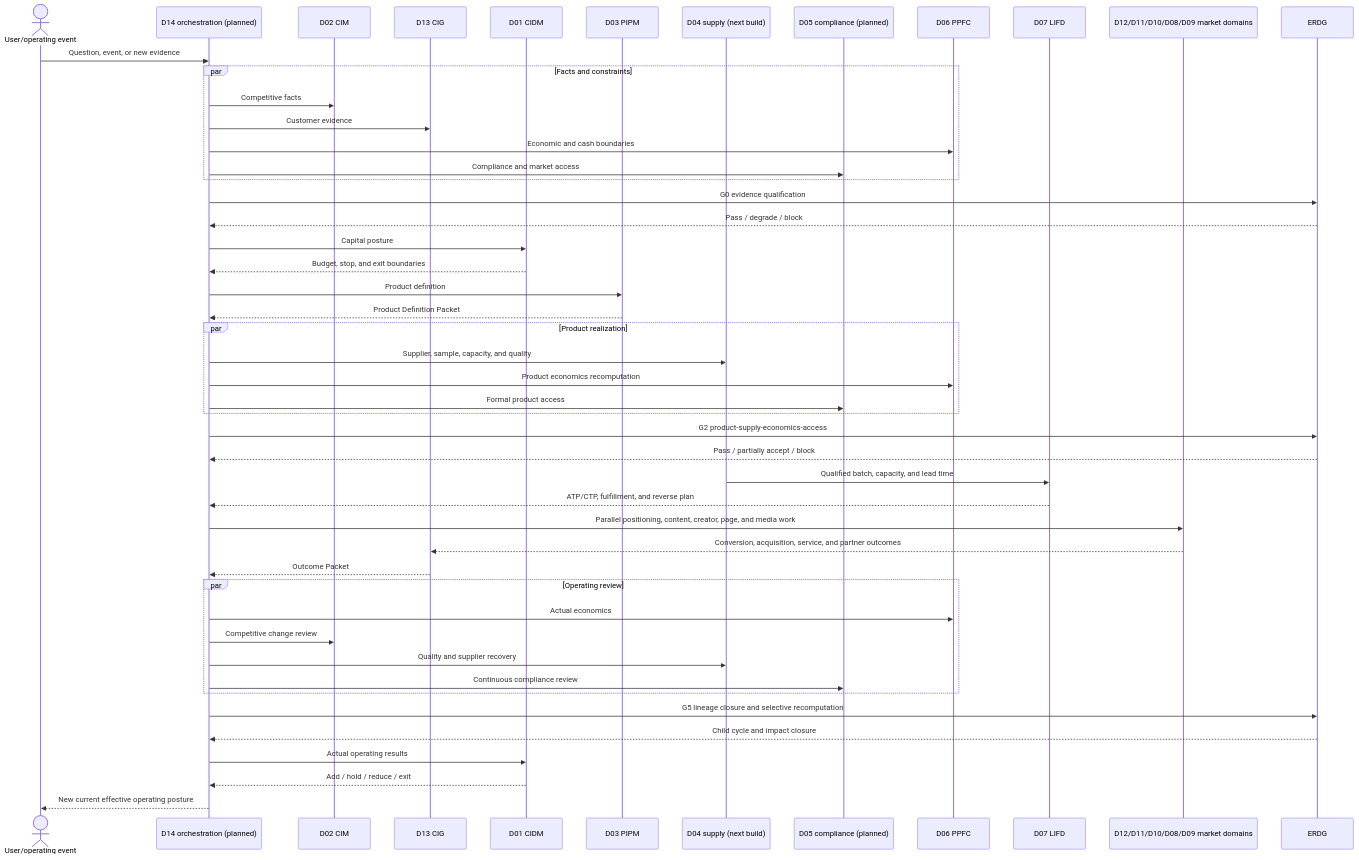
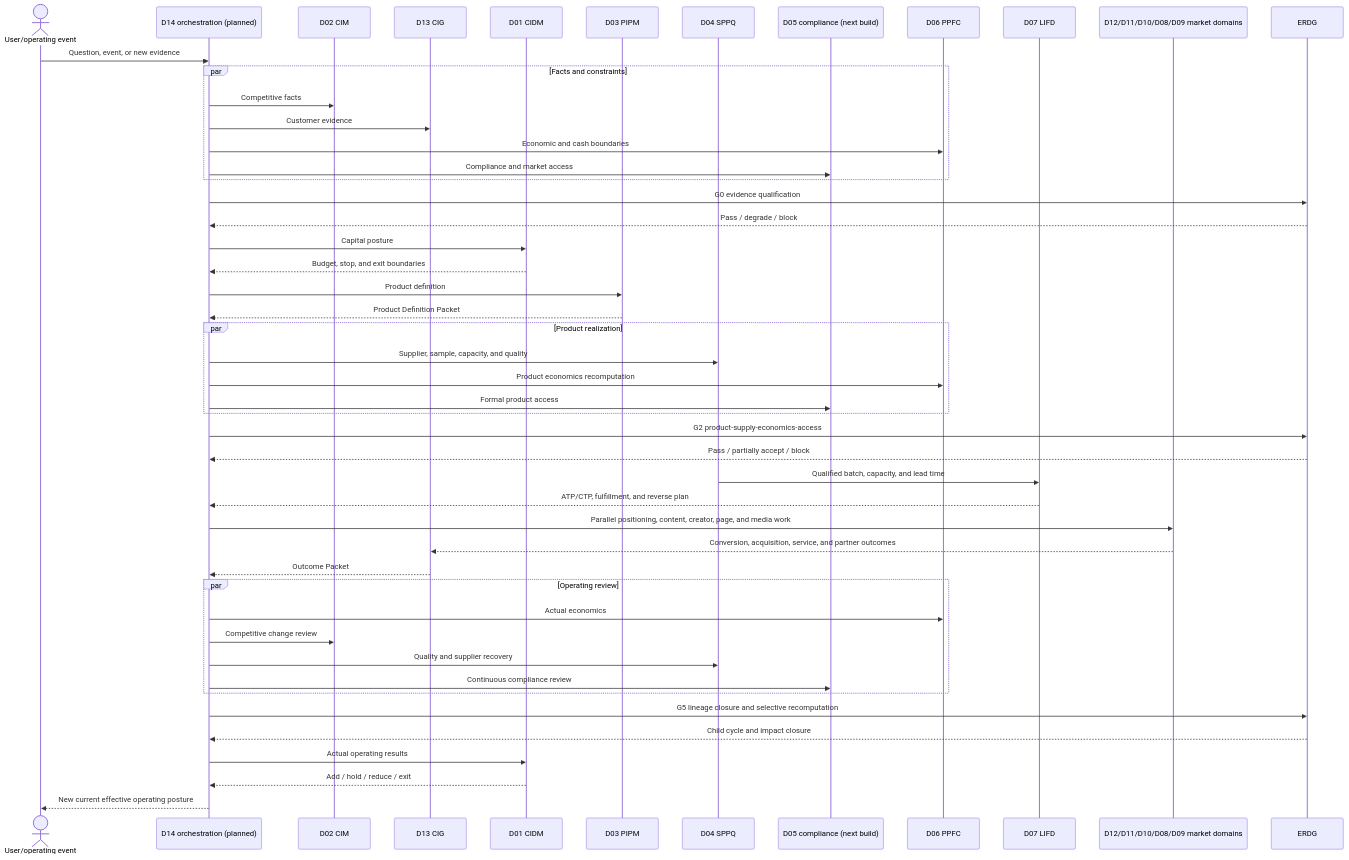
Before and after one commit to saye-chen/CrossBorder-Decision-Lab: the second of 2 diagrams in README.en.md, drawn with Mermaid. The commit also changed other lines of this file and 58 other files, not shown here.

````diff
--- a/README.en.md
+++ b/README.en.md
@@ -114,51 +114,51 @@
 ```mermaid
 sequenceDiagram
     actor U as User/operating event
     participant D14 as D14 orchestration (planned)
     participant D02 as D02 CIM
     participant D13 as D13 CIG
     participant D01 as D01 CIDM
     participant D03 as D03 PIPM
-    participant D04 as D04 supply (next build)
-    participant D05 as D05 compliance (planned)
+    participant D04 as D04 SPPQ
+    participant D05 as D05 compliance (next build)
     participant D06 as D06 PPFC
     participant D07 as D07 LIFD
     participant M as D12/D11/D10/D08/D09 market domains
     participant E as ERDG
     U->>D14: Question, event, or new evidence
     par Facts and constraints
       D14->>D02: Competitive facts
       D14->>D13: Customer evidence
       D14->>D06: Economic and cash boundaries
       D14->>D05: Compliance and market access
     end
     D14->>E: G0 evidence qualification
     E-->>D14: Pass / degrade / block
     D14->>D01: Capital posture
     D01-->>D14: Budget, stop, and exit boundaries
     D14->>D03: Product definition
     D03-->>D14: Product Definition Packet
     par Product realization
       D14->>D04: Supplier, sample, capacity, and quality
       D14->>D06: Product economics recomputation
       D14->>D05: Formal product access
     end
     D14->>E: G2 product-supply-economics-access
     E-->>D14: Pass / partially accept / block
     D04->>D07: Qualified batch, capacity, and lead time
     D07-->>D14: ATP/CTP, fulfillment, and reverse plan
     D14->>M: Parallel positioning, content, creator, page, and media work
     M-->>D13: Conversion, acquisition, service, and partner outcomes
     D13-->>D14: Outcome Packet
     par Operating review
       D14->>D06: Actual economics
       D14->>D02: Competitive change review
       D14->>D04: Quality and supplier recovery
       D14->>D05: Continuous compliance review
     end
     D14->>E: G5 lineage closure and selective recomputation
     E-->>D14: Child cycle and impact closure
     D14->>D01: Actual operating results
     D01-->>D14: Add / hold / reduce / exit
     D14-->>U: New current effective operating posture
 ```
````
